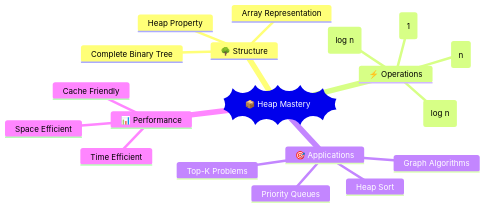
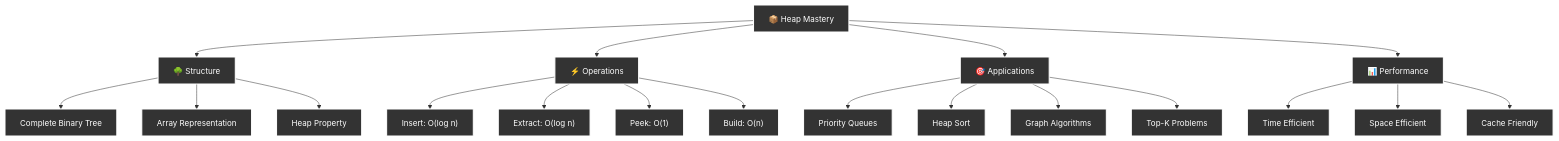
Before and after one commit to AbhishekGiri04/CodeVault: the sixth of 6 diagrams in concepts/heap.md, drawn with Mermaid.

Commit message:
Add white font to Summary mindmap in heap guide

````diff
--- a/concepts/heap.md
+++ b/concepts/heap.md
@@ -391,22 +391,27 @@
 ```mermaid
-mindmap
-  root))📦 Heap Mastery((
-    🌳 Structure
-      Complete Binary Tree
-      Array Representation
-      Heap Property
-    ⚡ Operations
-      Insert: O(log n)
-      Extract: O(log n)
-      Peek: O(1)
-      Build: O(n)
-    🎯 Applications
-      Priority Queues
-      Heap Sort
-      Graph Algorithms
-      Top-K Problems
-    📊 Performance
-      Time Efficient
-      Space Efficient
-      Cache Friendly
+flowchart TD
+    A["📦 Heap Mastery"] --> B["🌳 Structure"]
+    A --> C["⚡ Operations"]
+    A --> D["🎯 Applications"]
+    A --> E["📊 Performance"]
+    
+    B --> F["Complete Binary Tree"]
+    B --> G["Array Representation"]
+    B --> H["Heap Property"]
+    
+    C --> I["Insert: O(log n)"]
+    C --> J["Extract: O(log n)"]
+    C --> K["Peek: O(1)"]
+    C --> L["Build: O(n)"]
+    
+    D --> M["Priority Queues"]
+    D --> N["Heap Sort"]
+    D --> O["Graph Algorithms"]
+    D --> P["Top-K Problems"]
+    
+    E --> Q["Time Efficient"]
+    E --> R["Space Efficient"]
+    E --> S["Cache Friendly"]
+    
+    classDef default fill:#333,stroke:#fff,stroke-width:2px,color:#fff
 ```
````
